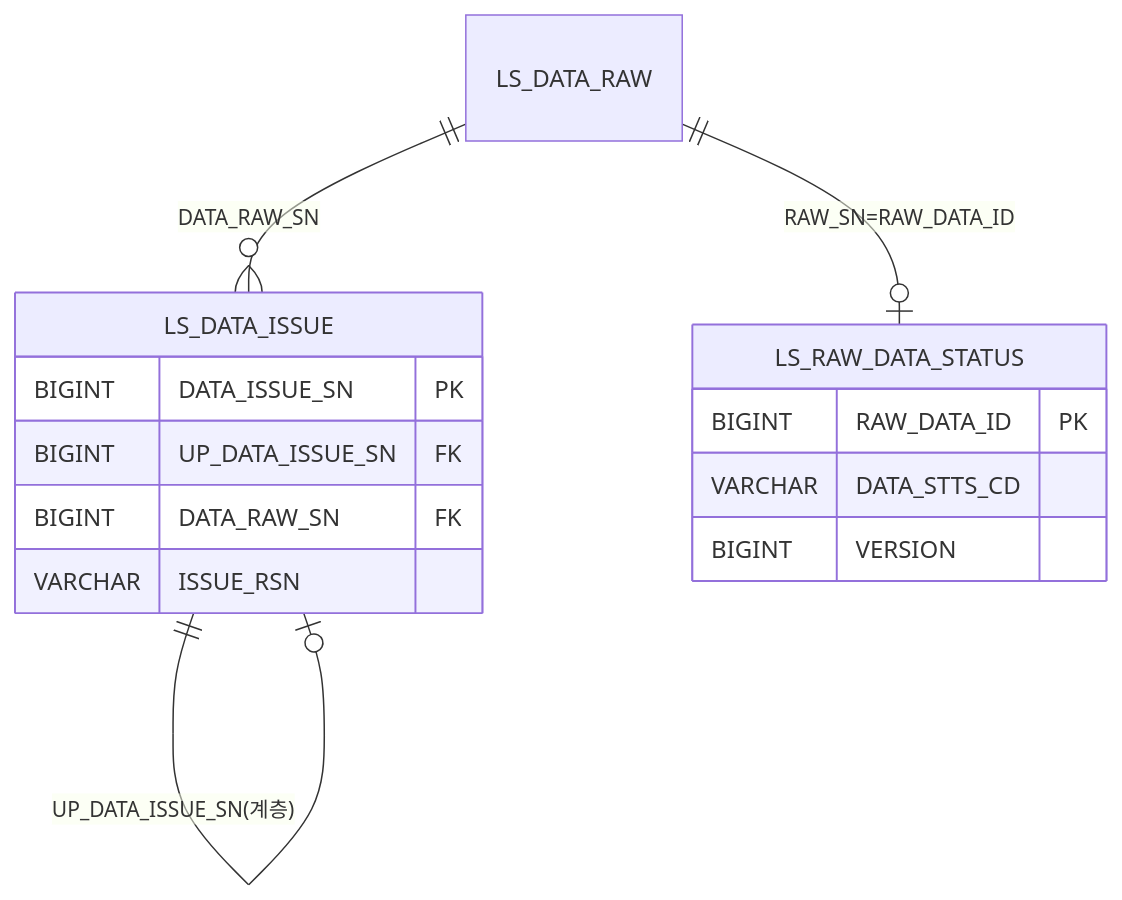
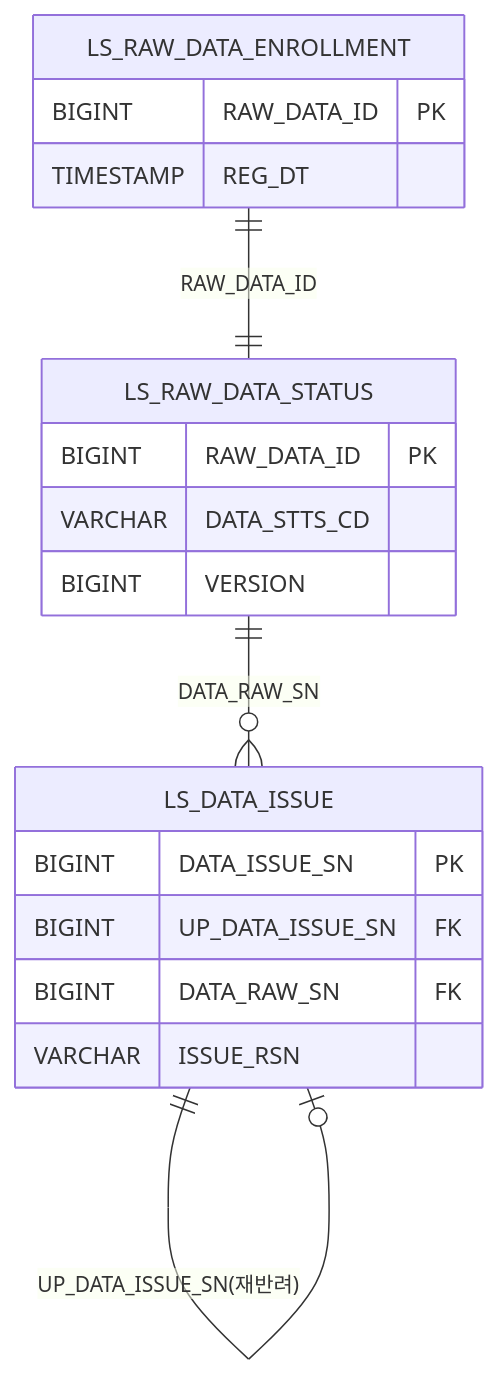
The sixth of 12 diagrams in docs/design/D8-엔티티관계모형설계서.md (New-stella/klid-label), drawn with Mermaid before and after one commit. The commit also changed other lines of this file and 36 other files, not shown here.

````diff
--- a/docs/design/D8-엔티티관계모형설계서.md
+++ b/docs/design/D8-엔티티관계모형설계서.md
@@ -192,18 +230,22 @@
 ```mermaid
 erDiagram
-    LS_DATA_RAW ||--o{ LS_DATA_ISSUE : "DATA_RAW_SN"
-    LS_DATA_ISSUE ||--o| LS_DATA_ISSUE : "UP_DATA_ISSUE_SN(계층)"
-    LS_DATA_RAW ||--o| LS_RAW_DATA_STATUS : "RAW_SN=RAW_DATA_ID"
+    LS_RAW_DATA_ENROLLMENT ||--|| LS_RAW_DATA_STATUS : "RAW_DATA_ID"
+    LS_RAW_DATA_STATUS ||--o{ LS_DATA_ISSUE : "DATA_RAW_SN"
+    LS_DATA_ISSUE ||--o| LS_DATA_ISSUE : "UP_DATA_ISSUE_SN(재반려)"
 
+    LS_RAW_DATA_ENROLLMENT {
+        BIGINT RAW_DATA_ID PK
+        TIMESTAMP REG_DT
+    }
+    LS_RAW_DATA_STATUS {
+        BIGINT RAW_DATA_ID PK
+        VARCHAR DATA_STTS_CD
+        BIGINT VERSION
+    }
     LS_DATA_ISSUE {
         BIGINT DATA_ISSUE_SN PK
         BIGINT UP_DATA_ISSUE_SN FK
         BIGINT DATA_RAW_SN FK
         VARCHAR ISSUE_RSN
     }
-    LS_RAW_DATA_STATUS {
-        BIGINT RAW_DATA_ID PK
-        VARCHAR DATA_STTS_CD
-        BIGINT VERSION
-    }
 ```
````
